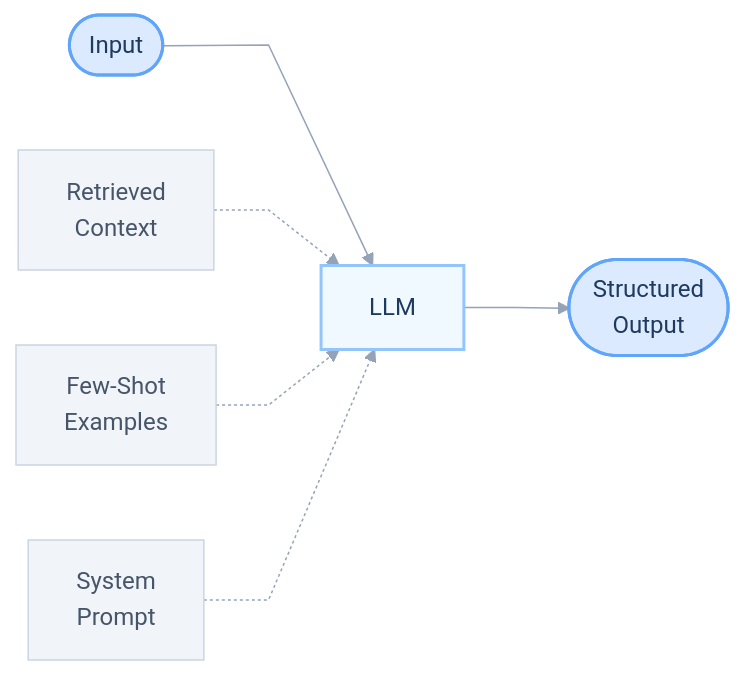
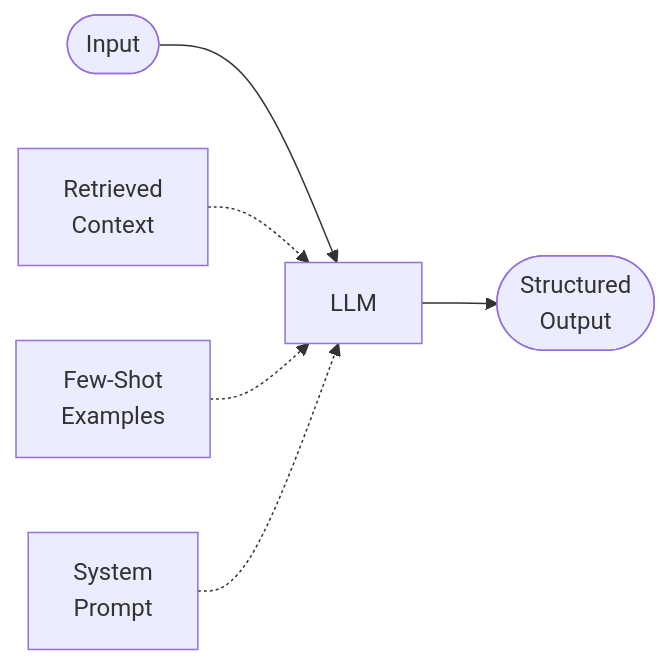
The first of 6 diagrams in agents/autonomy-levels/README.md (daveebbelaar/ai-cookbook), drawn with Mermaid before and after one commit. The commit also changed other lines of this file, not shown here.

Commit message:
Refactor README.md to simplify flowchart configurations and enhance clarity by removing redundant styling elements, improving readability of AI autonomy levels and orchestration details.

````diff
--- a/agents/autonomy-levels/README.md
+++ b/agents/autonomy-levels/README.md
@@ -17,28 +17,10 @@
 ```mermaid
----
-config:
-  theme: base
-  themeVariables:
-    primaryColor: "#dbeafe"
-    primaryTextColor: "#1e3a5f"
-    primaryBorderColor: "#93c5fd"
-    lineColor: "#94a3b8"
-  flowchart:
-    curve: linear
-    padding: 16
-    nodeSpacing: 50
-    rankSpacing: 70
----
 flowchart LR
-    IN(["Input"]):::input --> LLM["LLM"]:::llm
+    IN(["Input"]) --> LLM["LLM"]
 
-    RAG["Retrieved<br>Context"]:::context -.-> LLM
-    FEW["Few-Shot<br>Examples"]:::context -.-> LLM
-    SYS["System<br>Prompt"]:::context -.-> LLM
+    RAG["Retrieved<br>Context"] -.-> LLM
+    FEW["Few-Shot<br>Examples"] -.-> LLM
+    SYS["System<br>Prompt"] -.-> LLM
 
-    LLM --> OUT(["Structured<br>Output"]):::input
-
-    classDef input fill:#dbeafe,stroke:#60a5fa,color:#1e3a5f,stroke-width:2px
-    classDef llm fill:#f0f9ff,stroke:#93c5fd,color:#1e3a5f,stroke-width:2px
-    classDef context fill:#f1f5f9,stroke:#cbd5e1,color:#475569,stroke-width:1px
+    LLM --> OUT(["Structured<br>Output"])
 ```
````
